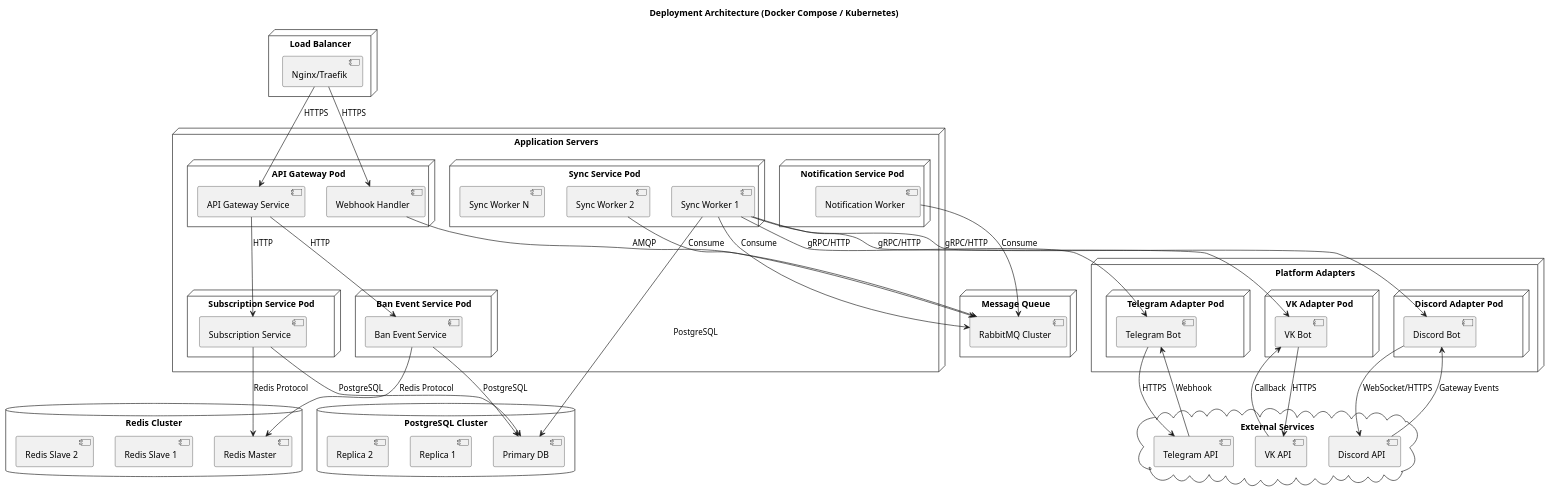
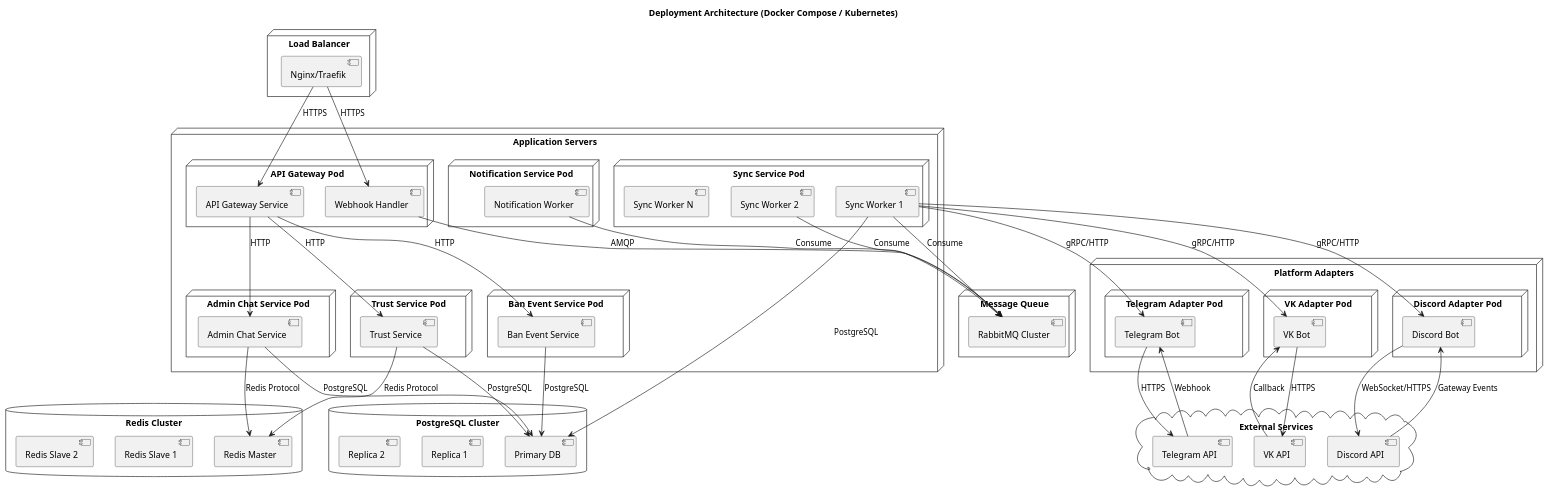
One commit to Eelyousha/dozor-service changed the diagram in deployment.puml. Above: the diagram before and after it, drawn with PlantUML. The commit also changed 13 other files, not shown here.

Commit message:
Updated architecture

```diff
--- a/deployment.puml
+++ b/deployment.puml
@@ -1,100 +1,106 @@
 @startuml
 title Deployment Architecture (Docker Compose / Kubernetes)
 
 node "Load Balancer" {
     [Nginx/Traefik]
 }
 
 node "Application Servers" {
     node "API Gateway Pod" {
         [API Gateway Service]
         [Webhook Handler]
     }
     
-    node "Subscription Service Pod" {
-        [Subscription Service]
+    node "Trust Service Pod" {
+        [Trust Service]
+    }
+    
+    node "Admin Chat Service Pod" {
+        [Admin Chat Service]
     }
     
     node "Ban Event Service Pod" {
         [Ban Event Service]
     }
     
     node "Sync Service Pod" {
         [Sync Worker 1]
         [Sync Worker 2]
         [Sync Worker N]
     }
     
     node "Notification Service Pod" {
         [Notification Worker]
     }
 }
 
 node "Platform Adapters" {
     node "Telegram Adapter Pod" {
         [Telegram Bot]
     }
     
     node "VK Adapter Pod" {
         [VK Bot]
     }
     
     node "Discord Adapter Pod" {
         [Discord Bot]
     }
 }
 
 database "PostgreSQL Cluster" {
     [Primary DB]
     [Replica 1]
     [Replica 2]
 }
 
 database "Redis Cluster" {
     [Redis Master]
     [Redis Slave 1]
     [Redis Slave 2]
 }
 
 node "Message Queue" {
     [RabbitMQ Cluster]
 }
 
 cloud "External Services" {
     [Telegram API]
     [VK API]
     [Discord API]
 }
 
 [Nginx/Traefik] --> [API Gateway Service] : HTTPS
 [Nginx/Traefik] --> [Webhook Handler] : HTTPS
 
-[API Gateway Service] --> [Subscription Service] : HTTP
+[API Gateway Service] --> [Trust Service] : HTTP
+[API Gateway Service] --> [Admin Chat Service] : HTTP
 [API Gateway Service] --> [Ban Event Service] : HTTP
 
 [Webhook Handler] --> [RabbitMQ Cluster] : AMQP
 
-[Subscription Service] --> [Primary DB] : PostgreSQL
+[Trust Service] --> [Primary DB] : PostgreSQL
+[Admin Chat Service] --> [Primary DB] : PostgreSQL
 [Ban Event Service] --> [Primary DB] : PostgreSQL
 [Sync Worker 1] --> [Primary DB] : PostgreSQL
 
-[Subscription Service] --> [Redis Master] : Redis Protocol
-[Ban Event Service] --> [Redis Master] : Redis Protocol
+[Trust Service] --> [Redis Master] : Redis Protocol
+[Admin Chat Service] --> [Redis Master] : Redis Protocol
 
 [Sync Worker 1] --> [RabbitMQ Cluster] : Consume
 [Sync Worker 2] --> [RabbitMQ Cluster] : Consume
 [Notification Worker] --> [RabbitMQ Cluster] : Consume
 
 [Sync Worker 1] --> [Telegram Bot] : gRPC/HTTP
 [Sync Worker 1] --> [VK Bot] : gRPC/HTTP
 [Sync Worker 1] --> [Discord Bot] : gRPC/HTTP
 
 [Telegram Bot] --> [Telegram API] : HTTPS
 [VK Bot] --> [VK API] : HTTPS
 [Discord Bot] --> [Discord API] : WebSocket/HTTPS
 
 [Telegram API] --> [Telegram Bot] : Webhook
 [VK API] --> [VK Bot] : Callback
 [Discord API] --> [Discord Bot] : Gateway Events
 
 @enduml
```
